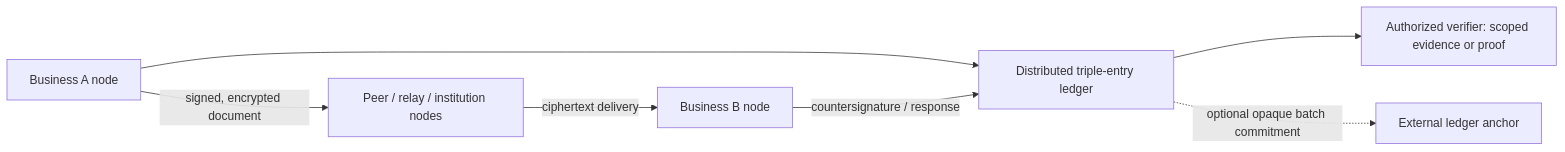
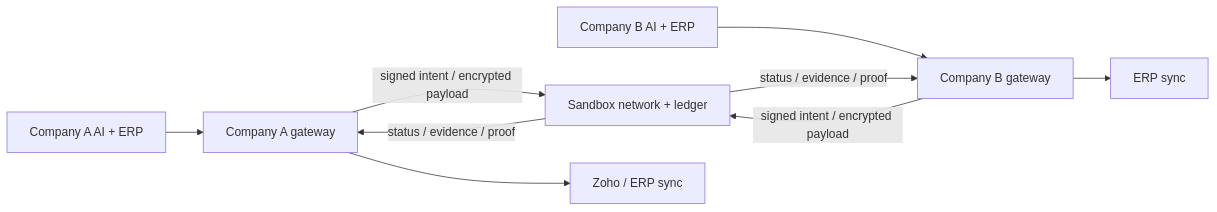
Before and after one commit to Open-Trade-Network/POC: the diagram in README.md, drawn with Mermaid. The commit also changed other lines of this file and 21 other files, not shown here.

Commit message:
Add hosted network ERP and AI gateway

````diff
--- a/README.md
+++ b/README.md
@@ -16,9 +28,11 @@
 ```mermaid
 flowchart LR
-	A[Business A node] -->|signed, encrypted document| R[Peer / relay / institution nodes]
-	R -->|ciphertext delivery| B[Business B node]
-	A --> L[Distributed triple-entry ledger]
-	B -->|countersignature / response| L
-	L --> V[Authorized verifier: scoped evidence or proof]
-	L -. optional opaque batch commitment .-> X[External ledger anchor]
+    A[Company A AI + ERP] --> G1[Company A gateway]
+    B[Company B AI + ERP] --> G2[Company B gateway]
+    G1 -->|signed intent / encrypted payload| N[Sandbox network + ledger]
+    G2 -->|signed intent / encrypted payload| N
+    N -->|status / evidence / proof| G1
+    N -->|status / evidence / proof| G2
+    G1 --> E1[Zoho / ERP sync]
+    G2 --> E2[ERP sync]
 ```
````
